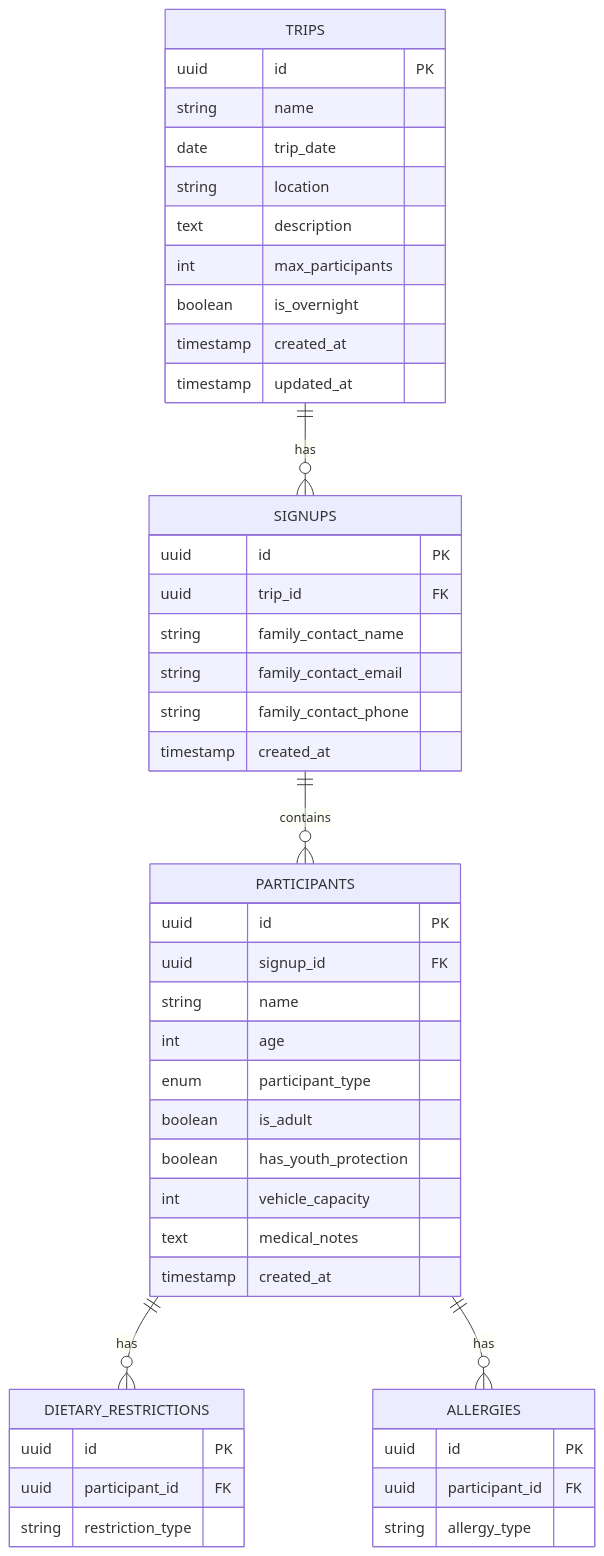
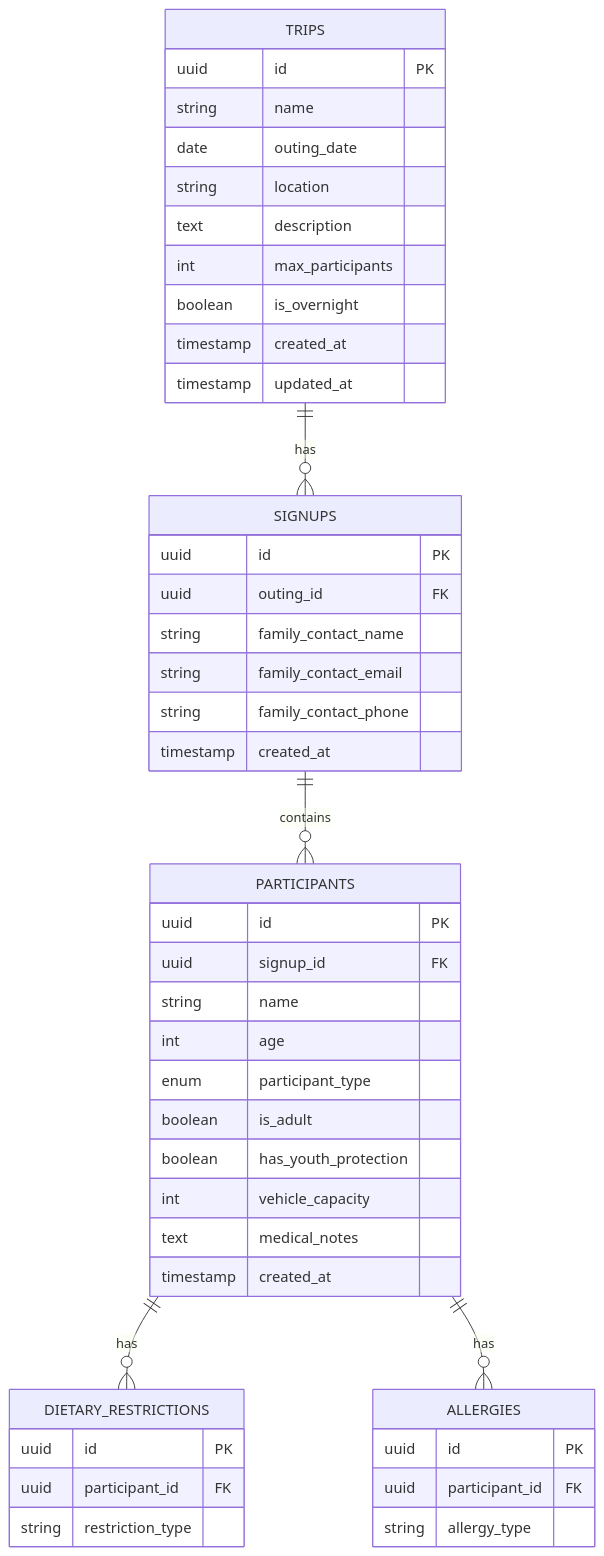
The second of 2 diagrams in ARCHITECTURE.md (jadamsowers/trailhead), drawn with Mermaid before and after one commit. The commit also changed other lines of this file and 81 other files, not shown here.

Commit message:
ill-advised renaming: 'trip'->'outing' 'parent'->'adult'

````diff
--- a/ARCHITECTURE.md
+++ b/ARCHITECTURE.md
@@ -54,53 +54,53 @@
 ```mermaid
 erDiagram
     TRIPS ||--o{ SIGNUPS : has
     SIGNUPS ||--o{ PARTICIPANTS : contains
     PARTICIPANTS ||--o{ DIETARY_RESTRICTIONS : has
     PARTICIPANTS ||--o{ ALLERGIES : has
     
     TRIPS {
         uuid id PK
         string name
-        date trip_date
+        date outing_date
         string location
         text description
         int max_participants
         boolean is_overnight
         timestamp created_at
         timestamp updated_at
     }
     
     SIGNUPS {
         uuid id PK
-        uuid trip_id FK
+        uuid outing_id FK
         string family_contact_name
         string family_contact_email
         string family_contact_phone
         timestamp created_at
     }
     
     PARTICIPANTS {
         uuid id PK
         uuid signup_id FK
         string name
         int age
         enum participant_type
         boolean is_adult
         boolean has_youth_protection
         int vehicle_capacity
         text medical_notes
         timestamp created_at
     }
     
     DIETARY_RESTRICTIONS {
         uuid id PK
         uuid participant_id FK
         string restriction_type
     }
     
     ALLERGIES {
         uuid id PK
         uuid participant_id FK
         string allergy_type
     }
 ```
````
